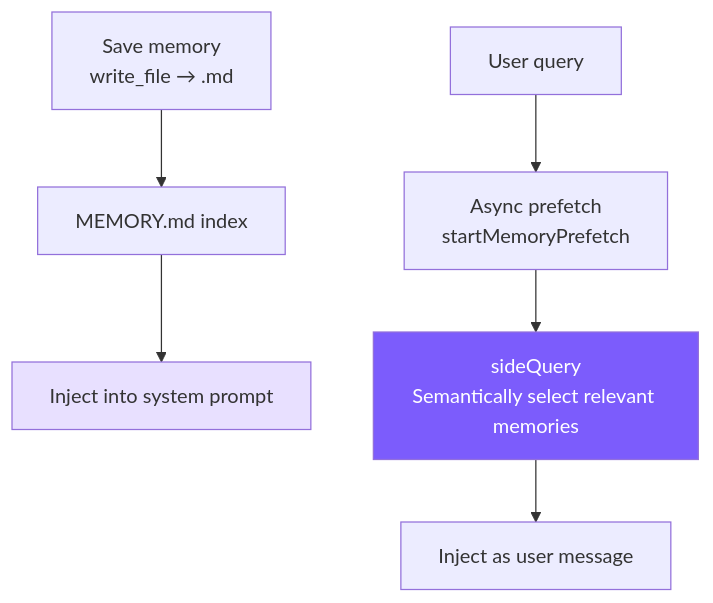
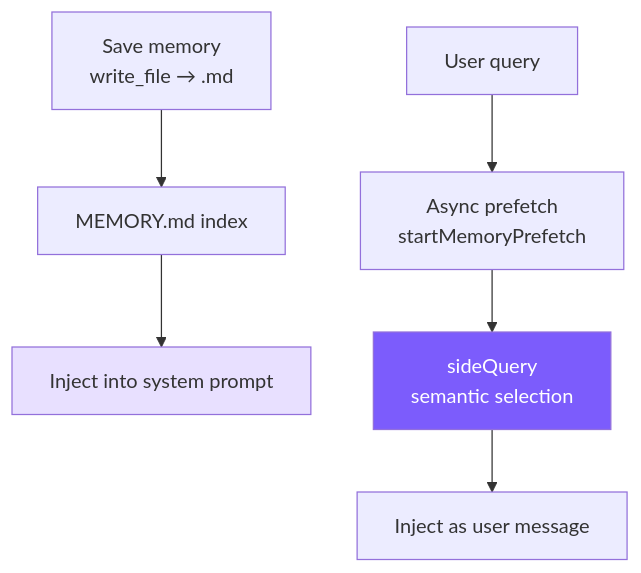
The diagram in en/docs/08-memory.md (joinmouse/claude-code-mini), drawn with Mermaid before and after one commit. The commit also changed other lines of this file and 30 other files, not shown here.

````diff
--- a/en/docs/08-memory.md
+++ b/en/docs/08-memory.md
@@ -7,11 +5,11 @@
 ```mermaid
 graph TB
     Save[Save memory<br/>write_file → .md] --> Index[MEMORY.md index]
     Index --> Inject[Inject into system prompt]
     Query[User query] --> Prefetch[Async prefetch<br/>startMemoryPrefetch]
-    Prefetch --> SideQuery[sideQuery<br/>Semantically select relevant memories]
+    Prefetch --> SideQuery[sideQuery<br/>semantic selection]
     SideQuery --> Recall[Inject as user message]
 
     style SideQuery fill:#7c5cfc,color:#fff
     style Inject fill:#e8e0ff
 ```
````
